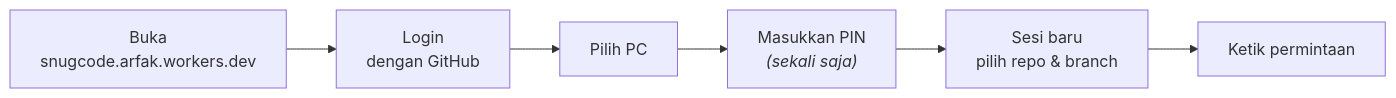
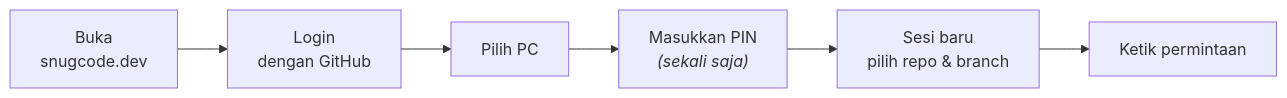
Before and after one commit to arfakaisar/snugcode: the fifth of 6 diagrams in README.md, drawn with Mermaid. The commit also changed other lines of this file and 6 other files, not shown here.

````diff
--- a/README.md
+++ b/README.md
@@ -445,8 +445,8 @@
 ```mermaid
 flowchart LR
-    A["Buka<br/>snugcode.arfak.workers.dev"] --> B["Login<br/>dengan GitHub"]
+    A["Buka<br/>snugcode.dev"] --> B["Login<br/>dengan GitHub"]
     B --> C["Pilih PC"]
     C --> D["Masukkan PIN<br/><i>(sekali saja)</i>"]
     D --> E["Sesi baru<br/>pilih repo & branch"]
     E --> F["Ketik permintaan"]
 ```
````
